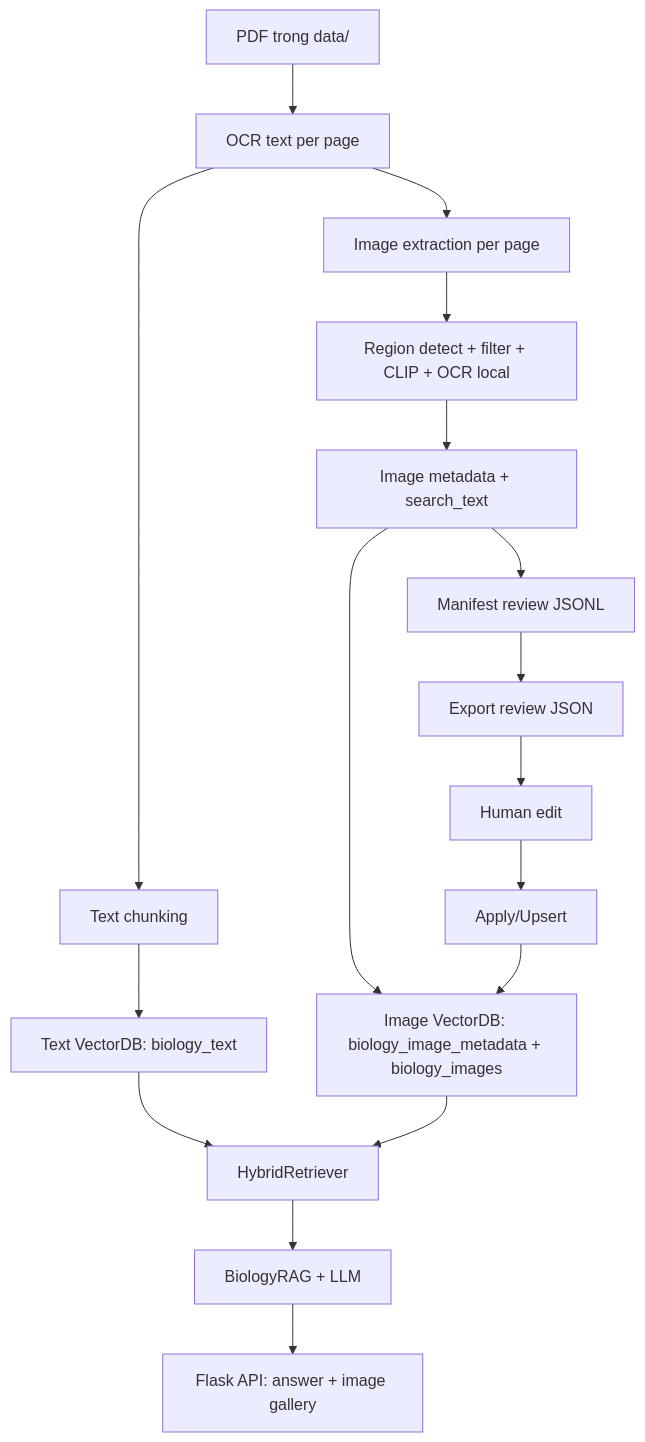
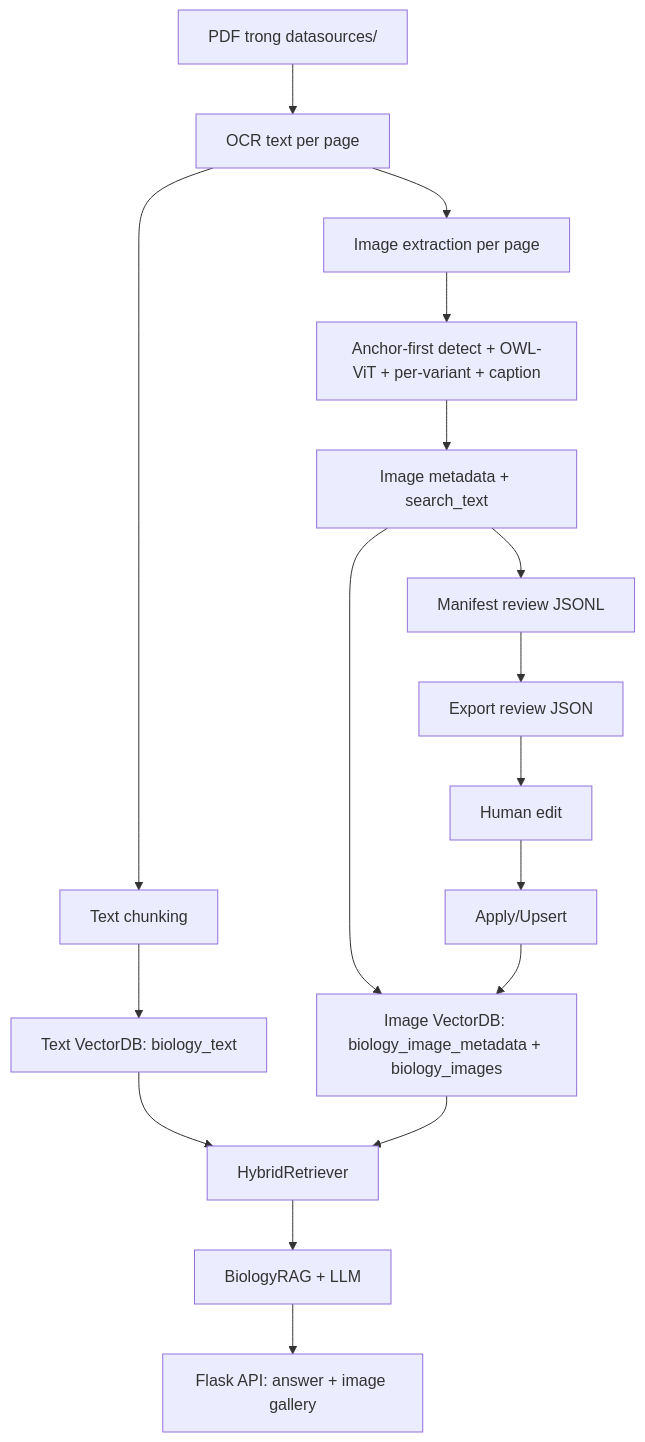
One commit to lcdkhoa/project-bio-rag changed the diagram in document/technical_handover_rag.md. Above: the diagram before and after it, drawn with Mermaid. The commit also changed other lines of this file and 16 other files, not shown here.

````diff
--- a/document/technical_handover_rag.md
+++ b/document/technical_handover_rag.md
@@ -19,22 +19,22 @@
 ```mermaid
 flowchart TD
-    A[PDF trong data/] --> B[OCR text per page]
+    A[PDF trong datasources/] --> B[OCR text per page]
     B --> C[Text chunking]
     C --> D[Text VectorDB: biology_text]
 
     B --> E[Image extraction per page]
-    E --> F[Region detect + filter + CLIP + OCR local]
+    E --> F[Anchor-first detect + OWL-ViT + per-variant + caption]
     F --> G[Image metadata + search_text]
     G --> H[Image VectorDB: biology_image_metadata + biology_images]
     G --> I[Manifest review JSONL]
 
     I --> J[Export review JSON]
     J --> K[Human edit]
     K --> L[Apply/Upsert]
     L --> H
 
     D --> M[HybridRetriever]
     H --> M
     M --> N[BiologyRAG + LLM]
     N --> O[Flask API: answer + image gallery]
 ```
````
